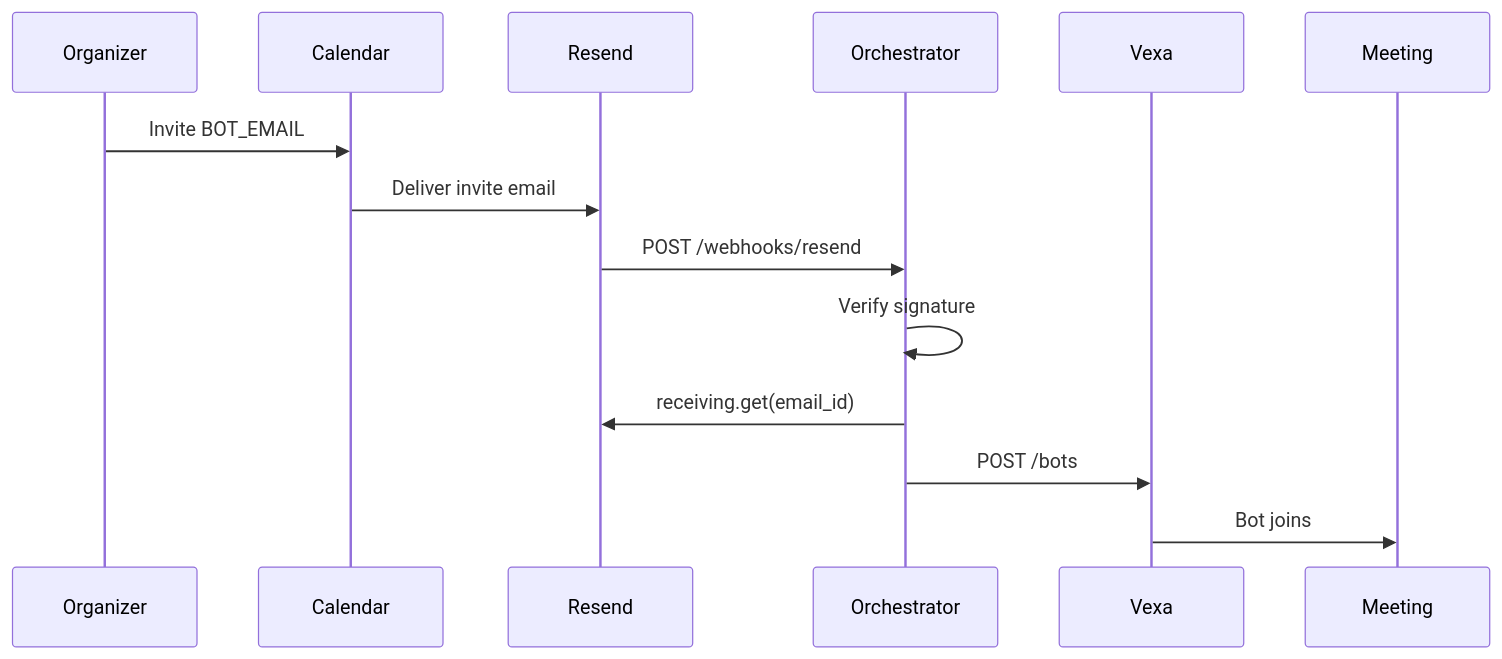
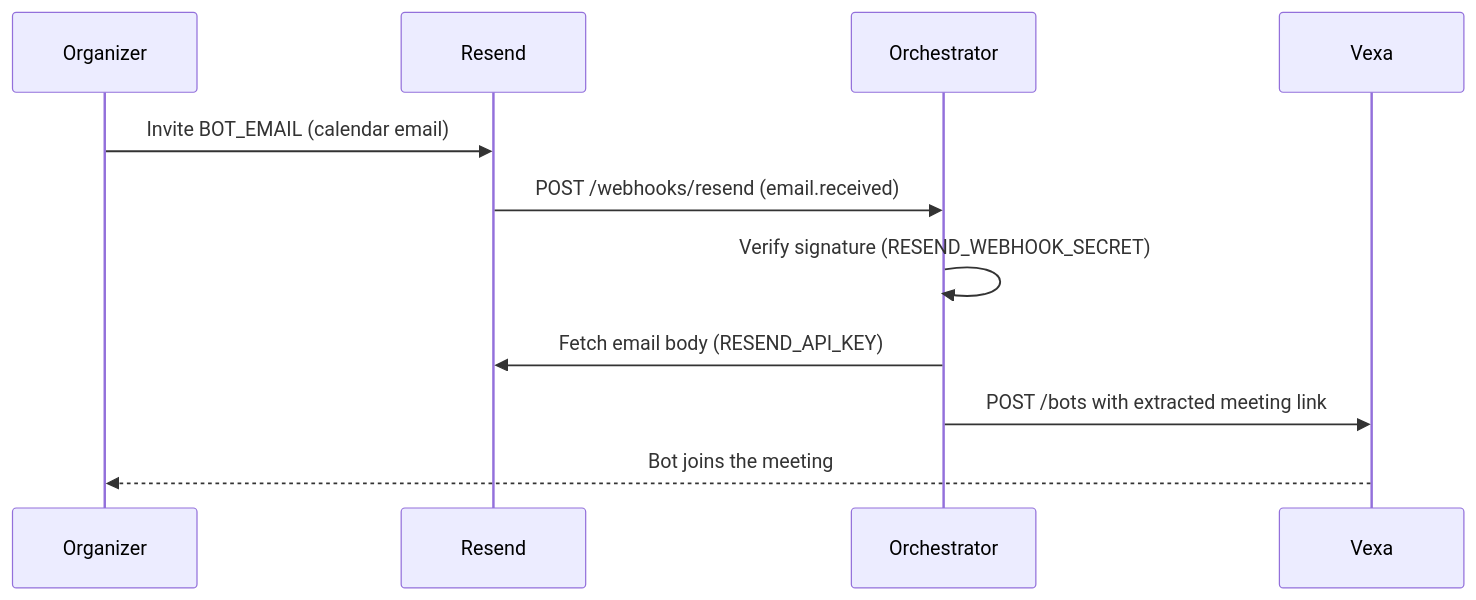
The diagram in docs/bot-email-and-deployment.md (renfrrd-ai/central-agent-meeting-bot), drawn with Mermaid before and after one commit. The commit also changed other lines of this file, not shown here.

First line of the commit message:
docs: trim bot email guide and drop stale Render references

````diff
--- a/docs/bot-email-and-deployment.md
+++ b/docs/bot-email-and-deployment.md
@@ -73,17 +22,14 @@
 ```mermaid
 sequenceDiagram
   participant Organizer
-  participant Calendar
   participant Resend
   participant App as Orchestrator
   participant Vexa
-  participant Meet as Meeting
 
-  Organizer->>Calendar: Invite BOT_EMAIL
-  Calendar->>Resend: Deliver invite email
-  Resend->>App: POST /webhooks/resend
-  App->>App: Verify signature
-  App->>Resend: receiving.get(email_id)
-  App->>Vexa: POST /bots
-  Vexa->>Meet: Bot joins
+  Organizer->>Resend: Invite BOT_EMAIL (calendar email)
+  Resend->>App: POST /webhooks/resend (email.received)
+  App->>App: Verify signature (RESEND_WEBHOOK_SECRET)
+  App->>Resend: Fetch email body (RESEND_API_KEY)
+  App->>Vexa: POST /bots with extracted meeting link
+  Vexa-->>Organizer: Bot joins the meeting
 ```
````
